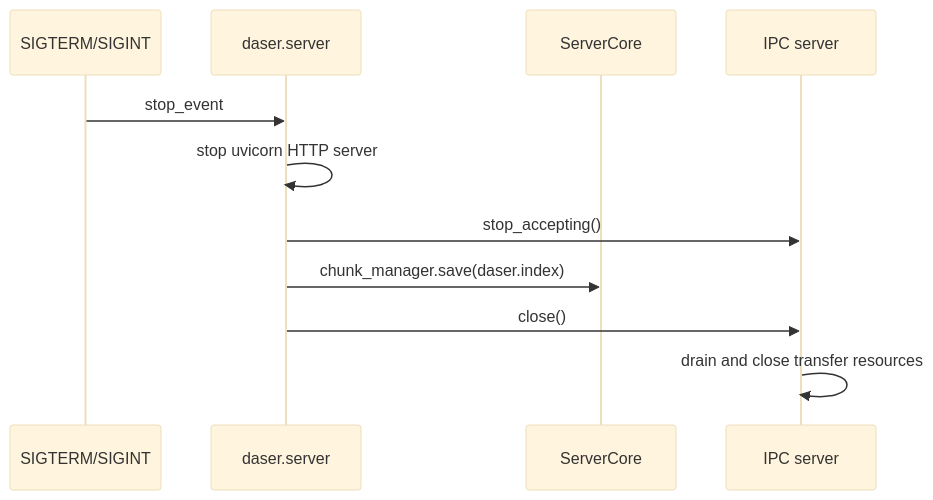
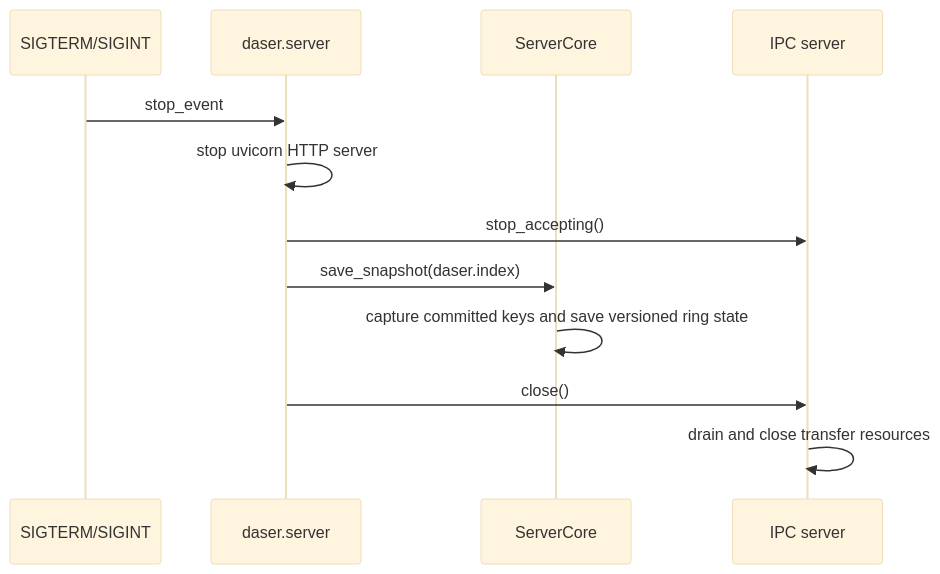
Before and after one commit to 7774596/DaseR: the eighth of 8 diagrams in docs/design/flows.md, drawn with Mermaid (base theme). The commit also changed other lines of this file and 7 other files, not shown here.

````diff
--- a/docs/design/flows.md
+++ b/docs/design/flows.md
@@ -242,14 +244,15 @@
 ```mermaid
 sequenceDiagram
     participant OS as SIGTERM/SIGINT
     participant Main as daser.server
     participant C as ServerCore
     participant IPC as IPC server
 
     OS->>Main: stop_event
     Main->>Main: stop uvicorn HTTP server
     Main->>IPC: stop_accepting()
-    Main->>C: chunk_manager.save(daser.index)
+    Main->>C: save_snapshot(daser.index)
+    C->>C: capture committed keys and save versioned ring state
     Main->>IPC: close()
     IPC->>IPC: drain and close transfer resources
 ```
````
